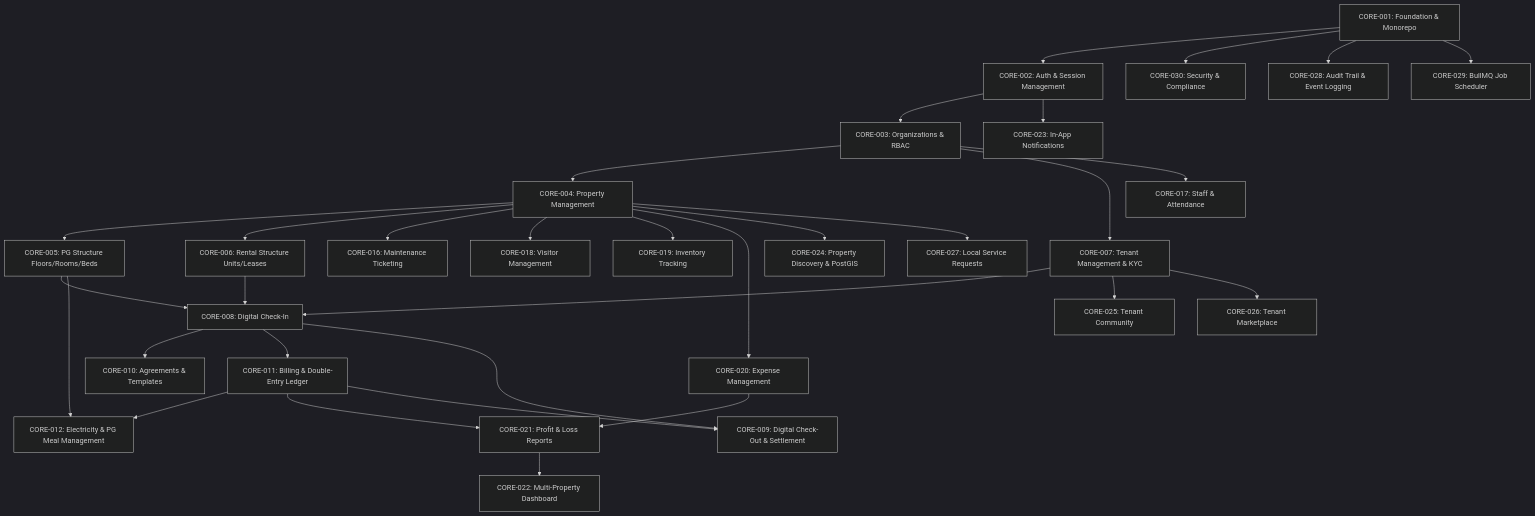
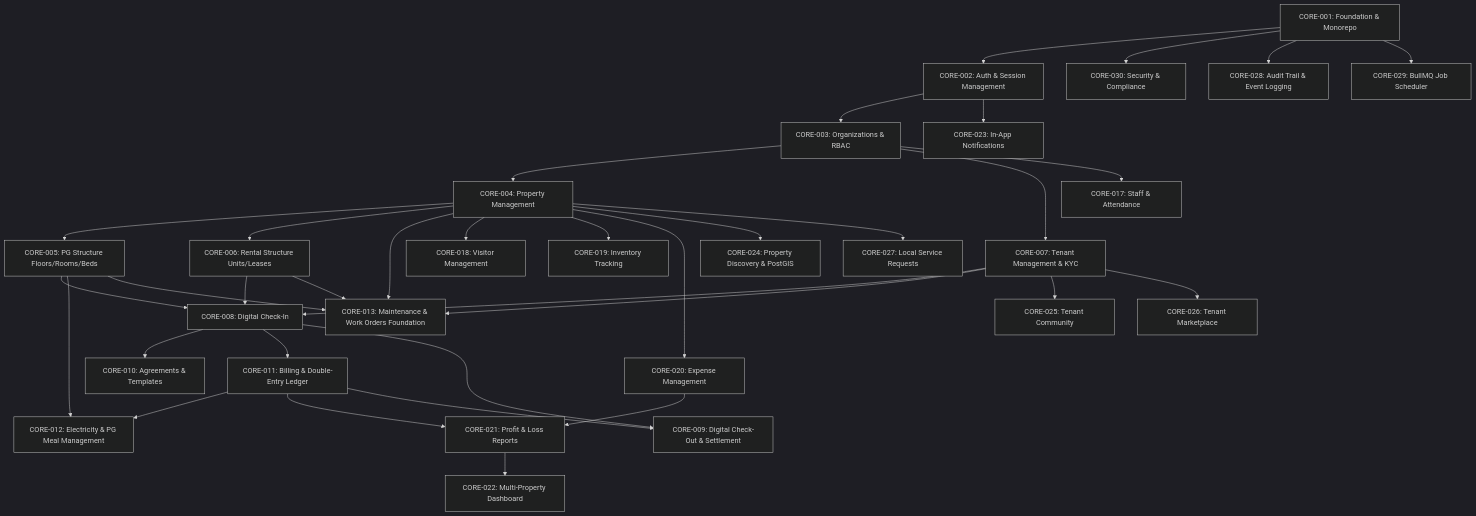
Before and after one commit to HariharanM-AI/Multi-Property-Management-software: the diagram in docs/FEATURE_DEPENDENCIES.md, drawn with Mermaid (dark theme). The commit also changed other lines of this file and 20 other files, not shown here.

Commit message:
feat: complete CORE-013 maintenance and work order management foundation

````diff
--- a/docs/FEATURE_DEPENDENCIES.md
+++ b/docs/FEATURE_DEPENDENCIES.md
@@ -5,43 +5,47 @@
 ```mermaid
 graph TD
     CORE001[CORE-001: Foundation & Monorepo] --> CORE002[CORE-002: Auth & Session Management]
     CORE001 --> CORE030[CORE-030: Security & Compliance]
     
     CORE002 --> CORE003[CORE-003: Organizations & RBAC]
     CORE003 --> CORE004[CORE-004: Property Management]
     
     CORE004 --> CORE005[CORE-005: PG Structure Floors/Rooms/Beds]
     CORE004 --> CORE006[CORE-006: Rental Structure Units/Leases]
     
     CORE003 --> CORE007[CORE-007: Tenant Management & KYC]
     CORE005 --> CORE008[CORE-008: Digital Check-In]
     CORE006 --> CORE008
     CORE007 --> CORE008
     
     CORE008 --> CORE010[CORE-010: Agreements & Templates]
     CORE008 --> CORE011[CORE-011: Billing & Double-Entry Ledger]
     CORE011 --> CORE012[CORE-012: Electricity & PG Meal Management]
     CORE005 --> CORE012
     
-    CORE004 --> CORE016[CORE-016: Maintenance Ticketing]
+    CORE004 --> CORE013[CORE-013: Maintenance & Work Orders Foundation]
+    CORE005 --> CORE013
+    CORE006 --> CORE013
+    CORE007 --> CORE013
+    
     CORE003 --> CORE017[CORE-017: Staff & Attendance]
     CORE004 --> CORE018[CORE-018: Visitor Management]
     CORE004 --> CORE019[CORE-019: Inventory Tracking]
     CORE004 --> CORE020[CORE-020: Expense Management]
     
     CORE011 --> CORE021[CORE-021: Profit & Loss Reports]
     CORE020 --> CORE021
     
     CORE021 --> CORE022[CORE-022: Multi-Property Dashboard]
     CORE008 --> CORE009[CORE-009: Digital Check-Out & Settlement]
     CORE011 --> CORE009
     
     CORE002 --> CORE023[CORE-023: In-App Notifications]
     CORE004 --> CORE024[CORE-024: Property Discovery & PostGIS]
     CORE007 --> CORE025[CORE-025: Tenant Community]
     CORE007 --> CORE026[CORE-026: Tenant Marketplace]
     CORE004 --> CORE027[CORE-027: Local Service Requests]
     
     CORE001 --> CORE028[CORE-028: Audit Trail & Event Logging]
     CORE001 --> CORE029[CORE-029: BullMQ Job Scheduler]
 ```
````
